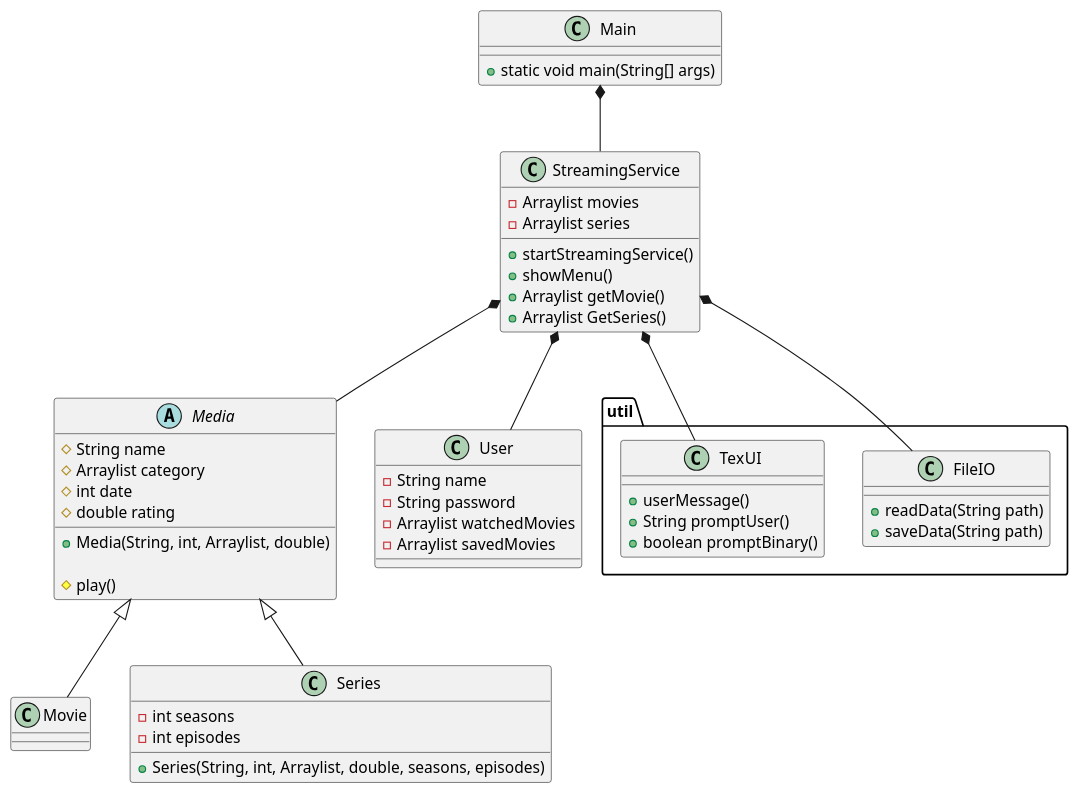
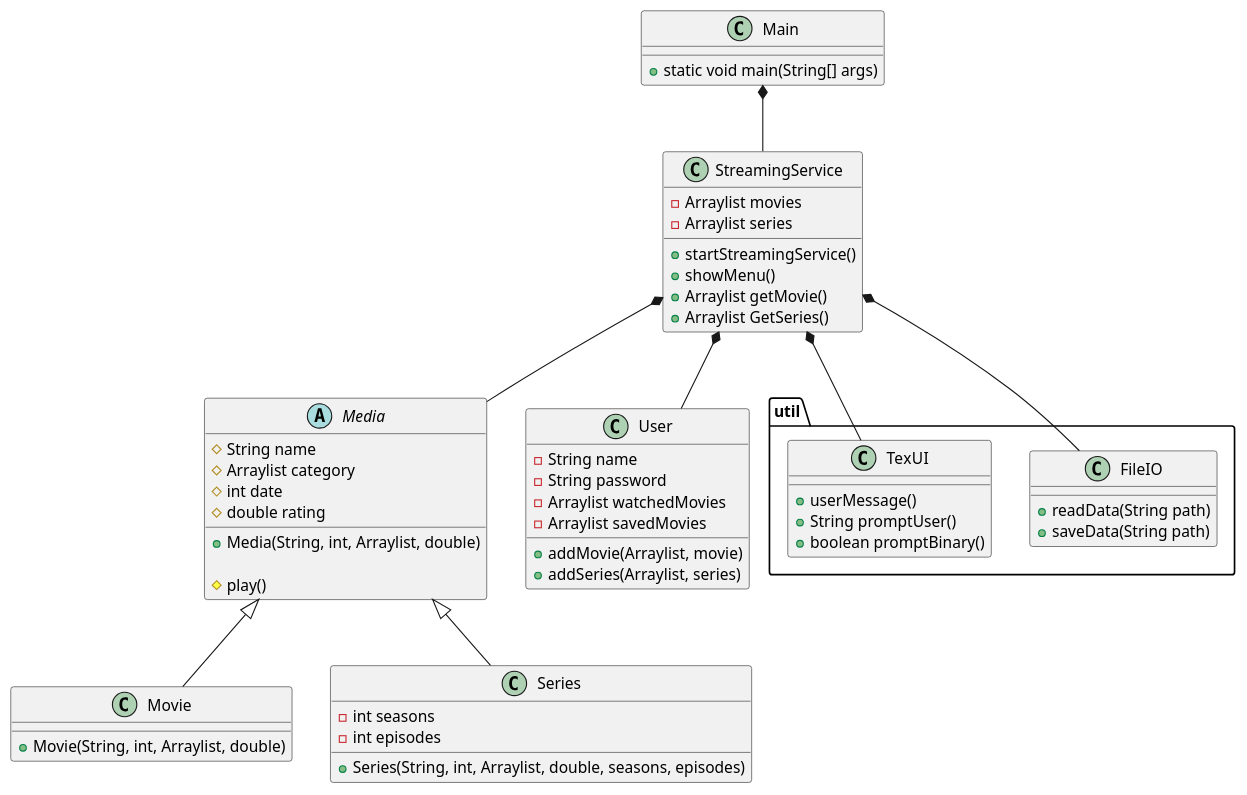
The diagram in doc/static/classDiagram.puml (Studiegruppe-B/SP3-Streamingtjeneste), drawn with PlantUML before and after one commit.

Commit message:
class diagram update

```diff
--- a/doc/static/classDiagram.puml
+++ b/doc/static/classDiagram.puml
@@ -1,67 +1,69 @@
 @startuml
 class Main{
 + static void main(String[] args)
 
 }
 
 class StreamingService{
 - Arraylist movies
 - Arraylist series
 + startStreamingService()
 + showMenu()
 + Arraylist getMovie()
 + Arraylist GetSeries()
 }
 
 
 
 
 abstract class Media{
 # String name
 # Arraylist category
 # int date
 # double rating
 + Media(String, int, Arraylist, double)
 
 # play()
 }
 
 class Movie{
-
++ Movie(String, int, Arraylist, double)
 }
 
 class Series{
 + Series(String, int, Arraylist, double, seasons, episodes)
 - int seasons
 - int episodes
 }
 
 class User{
 - String name
 - String password
 - Arraylist watchedMovies
 - Arraylist savedMovies
++ addMovie(Arraylist, movie)
++ addSeries(Arraylist, series)
 }
 
 package "util"{
 class FileIO{
 + readData(String path)
 + saveData(String path)
 }
 
 class TexUI{
 + userMessage()
 + String promptUser()
 + boolean promptBinary()
 
 }
 }
 
 Main *-- StreamingService
 StreamingService *-- Media
 StreamingService *-- FileIO
 StreamingService *-- TexUI
 StreamingService *-- User
 Media <|-- Movie
 Media <|-- Series
 @enduml
```
